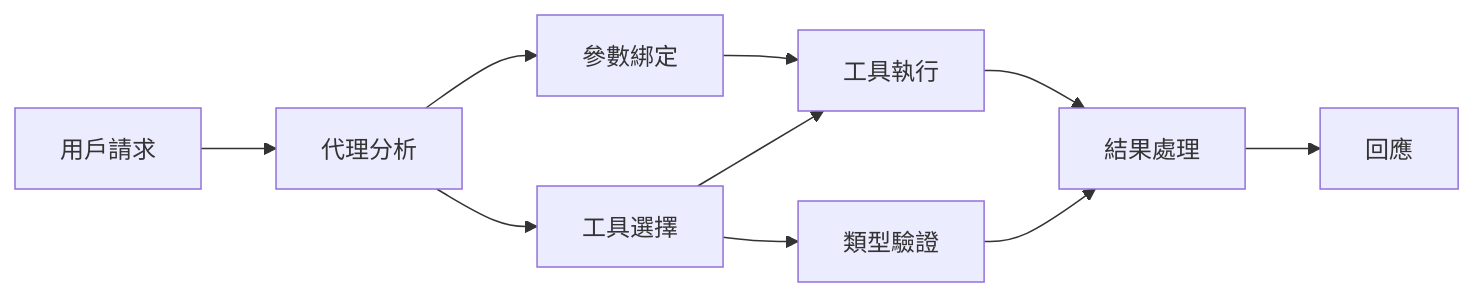
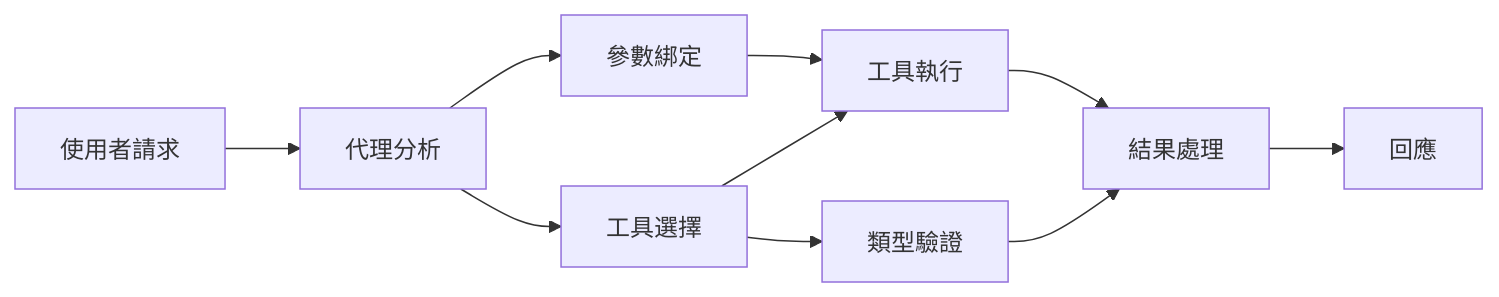
Before and after one commit to venturemavenwill/azureaifundamentals: the diagram in translations/zh-MO/04-tool-use/code_samples/04-dotnet-agent-framework.md, drawn with Mermaid. The commit also changed other lines of this file and 2002 other files, not shown here.

````diff
--- a/translations/zh-MO/04-tool-use/code_samples/04-dotnet-agent-framework.md
+++ b/translations/zh-MO/04-tool-use/code_samples/04-dotnet-agent-framework.md
@@ -40,12 +40,12 @@
 ```mermaid
 graph LR
-    A[用戶請求] --> B[代理分析]
+    A[使用者請求] --> B[代理分析]
     B --> C[工具選擇]
     C --> D[類型驗證]
     B --> E[參數綁定]
     E --> F[工具執行]
     C --> F
     F --> G[結果處理]
     D --> G
     G --> H[回應]
 ```
````
